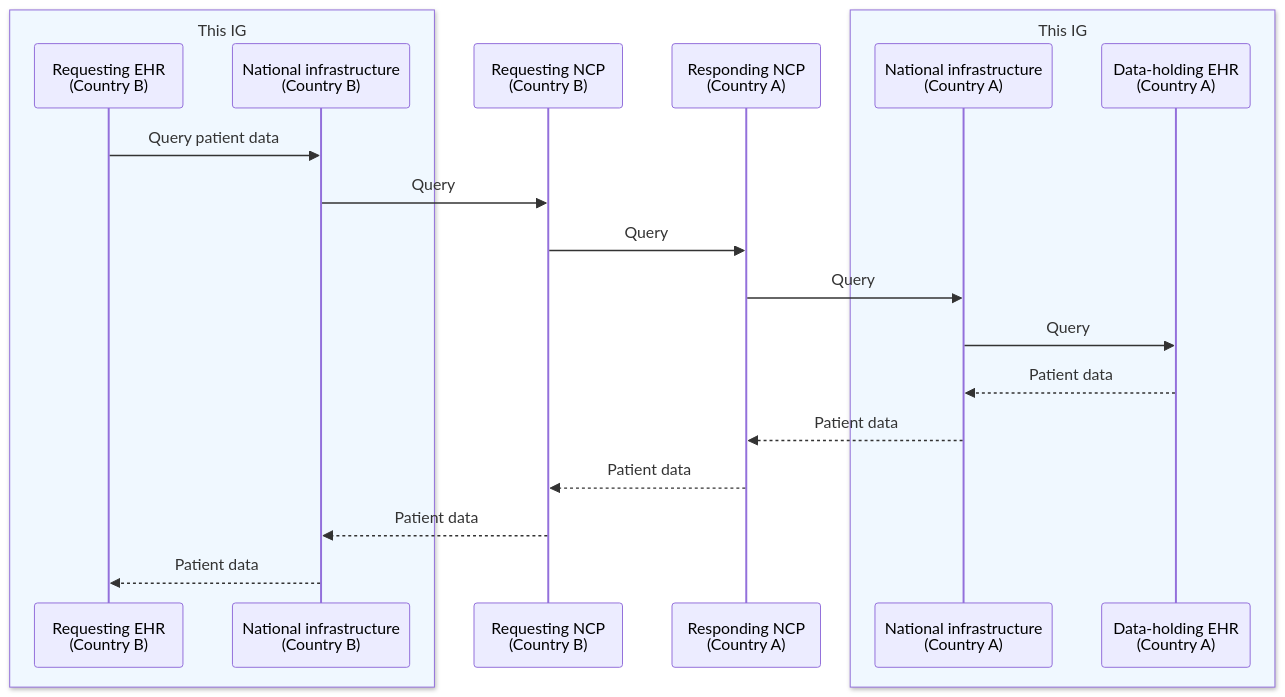
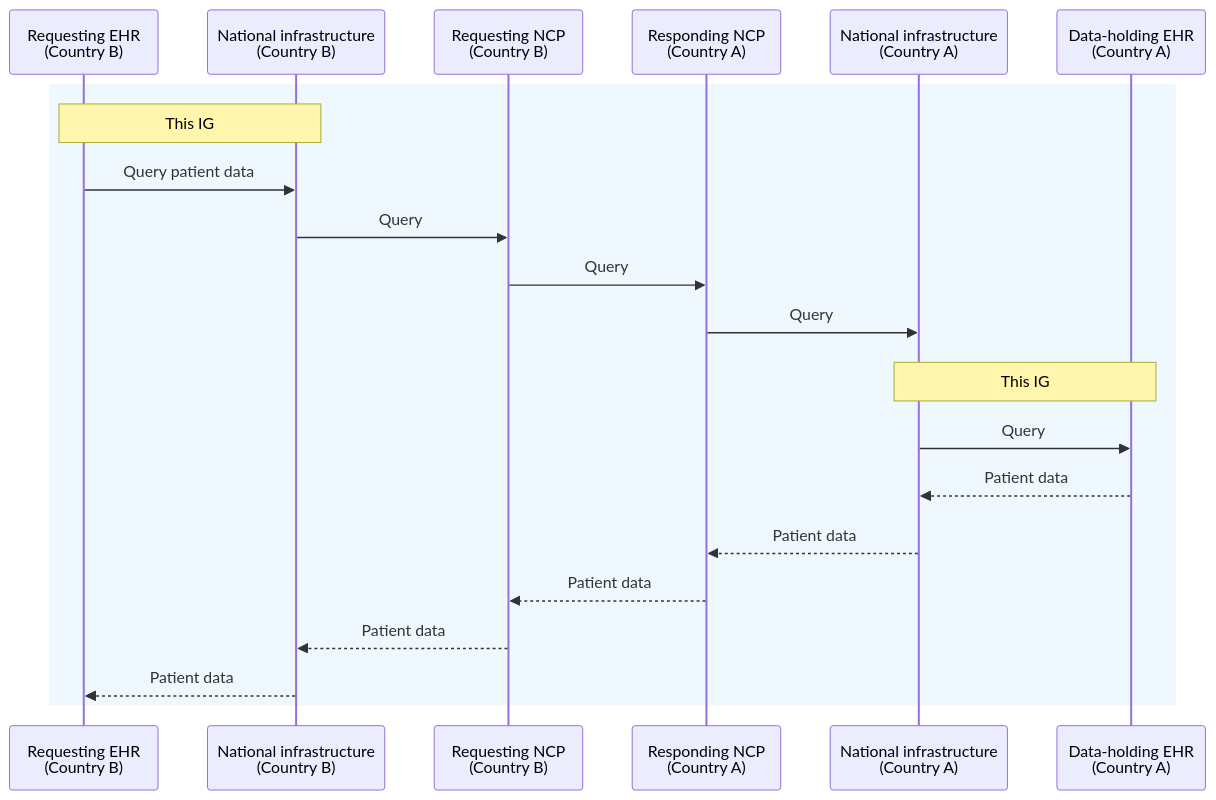
One commit to euridice-org/eu-health-data-api changed the diagram in diagrams/cross-border-ncp.mmd. Above: the diagram before and after it, drawn with Mermaid. The commit also changed 3 other files, not shown here.

```diff
--- a/diagrams/cross-border-ncp.mmd
+++ b/diagrams/cross-border-ncp.mmd
@@ -1,22 +1,24 @@
 sequenceDiagram
-    box rgb(240, 248, 255) This IG
     participant Requester as Requesting EHR<br/>(Country B)
     participant NationalB as National infrastructure<br/>(Country B)
-    end
     participant NCPB as Requesting NCP<br/>(Country B)
     participant NCPA as Responding NCP<br/>(Country A)
-    box rgb(240, 248, 255) This IG
     participant NationalA as National infrastructure<br/>(Country A)
     participant EHR as Data-holding EHR<br/>(Country A)
-    end
 
+    rect rgb(240, 248, 255)
+    Note over Requester,NationalB: This IG
     Requester->>NationalB: Query patient data
     NationalB->>NCPB: Query
     NCPB->>NCPA: Query
     NCPA->>NationalA: Query
+    rect rgb(240, 248, 255)
+    Note over NationalA,EHR: This IG
     NationalA->>EHR: Query
     EHR-->>NationalA: Patient data
+    end
     NationalA-->>NCPA: Patient data
     NCPA-->>NCPB: Patient data
     NCPB-->>NationalB: Patient data
     NationalB-->>Requester: Patient data
+    end
```
